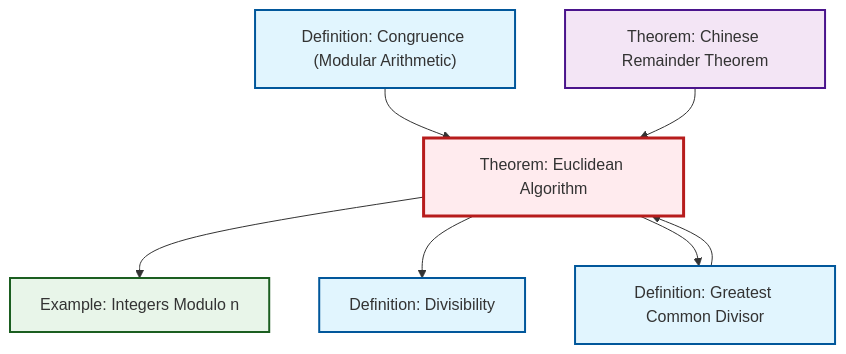
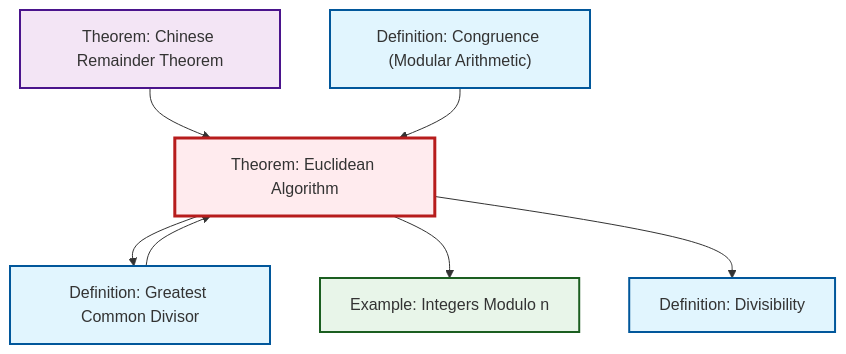
Before and after one commit to RK0429/ModernMath: the second of 2 diagrams in content/ja/number-theory/thm-euclidean-algorithm.qmd, drawn with Mermaid. The commit also changed other lines of this file and 581 other files, not shown here.

````diff
--- a/content/ja/number-theory/thm-euclidean-algorithm.qmd
+++ b/content/ja/number-theory/thm-euclidean-algorithm.qmd
@@ -96,27 +96,27 @@
 ```{mermaid}
 %%| fig-cap: "Local dependency graph"
 graph TD
     classDef definition fill:#e1f5fe,stroke:#01579b,stroke-width:2px
     classDef theorem fill:#f3e5f5,stroke:#4a148c,stroke-width:2px
     classDef axiom fill:#fff3e0,stroke:#e65100,stroke-width:2px
     classDef example fill:#e8f5e9,stroke:#1b5e20,stroke-width:2px
     classDef current fill:#ffebee,stroke:#b71c1c,stroke-width:3px
+    def-divisibility["Definition: Divisibility"]:::definition
+    thm-euclidean-algorithm["Theorem: Euclidean Algorithm"]:::theorem
     thm-chinese-remainder["Theorem: Chinese Remainder Theorem"]:::theorem
-    def-divisibility["Definition: Divisibility"]:::definition
+    def-congruence["Definition: Congruence (Modular Arithmetic)"]:::definition
+    def-gcd["Definition: Greatest Common Divisor"]:::definition
     ex-quotient-integers-mod-n["Example: Integers Modulo n"]:::example
-    def-congruence["Definition: Congruence (Modular Arithmetic)"]:::definition
-    thm-euclidean-algorithm["Theorem: Euclidean Algorithm"]:::theorem
-    def-gcd["Definition: Greatest Common Divisor"]:::definition
+    def-gcd --> thm-euclidean-algorithm
+    thm-chinese-remainder --> thm-euclidean-algorithm
+    thm-euclidean-algorithm --> def-gcd
+    thm-euclidean-algorithm --> ex-quotient-integers-mod-n
     def-congruence --> thm-euclidean-algorithm
-    thm-euclidean-algorithm --> ex-quotient-integers-mod-n
     thm-euclidean-algorithm --> def-divisibility
-    thm-chinese-remainder --> thm-euclidean-algorithm
-    def-gcd --> thm-euclidean-algorithm
-    thm-euclidean-algorithm --> def-gcd
     class thm-euclidean-algorithm current
+    click def-divisibility "def-divisibility.html" "Definition: Divisibilityへ"
     click thm-chinese-remainder "thm-chinese-remainder.html" "Theorem: Chinese Remainder Theoremへ"
-    click def-divisibility "def-divisibility.html" "Definition: Divisibilityへ"
-    click ex-quotient-integers-mod-n "ex-quotient-integers-mod-n.html" "Example: Integers Modulo nへ"
     click def-congruence "def-congruence.html" "Definition: Congruence (Modular Arithmetic)へ"
     click def-gcd "def-gcd.html" "Definition: Greatest Common Divisorへ"
+    click ex-quotient-integers-mod-n "ex-quotient-integers-mod-n.html" "Example: Integers Modulo nへ"
 ```
````
